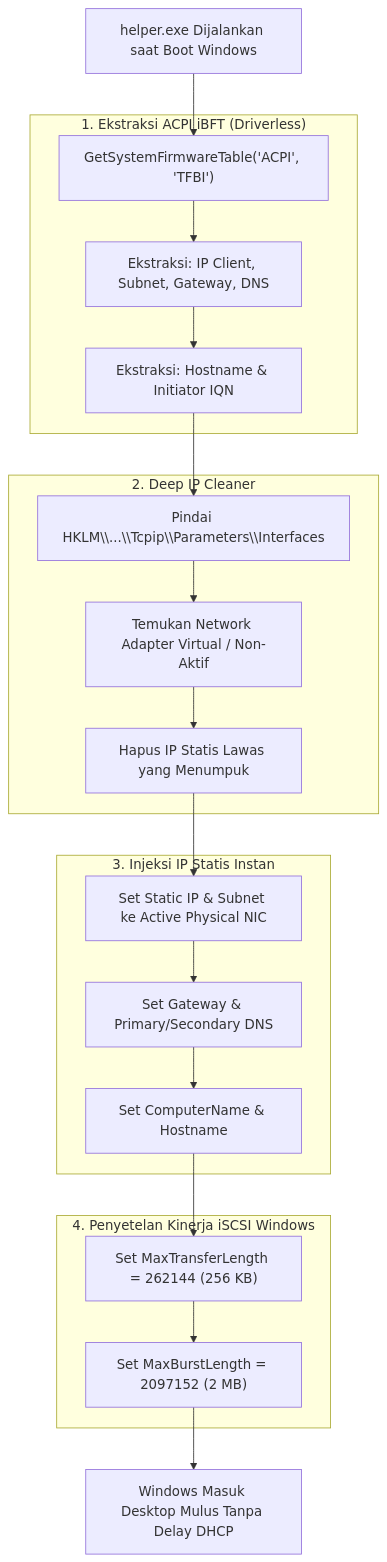
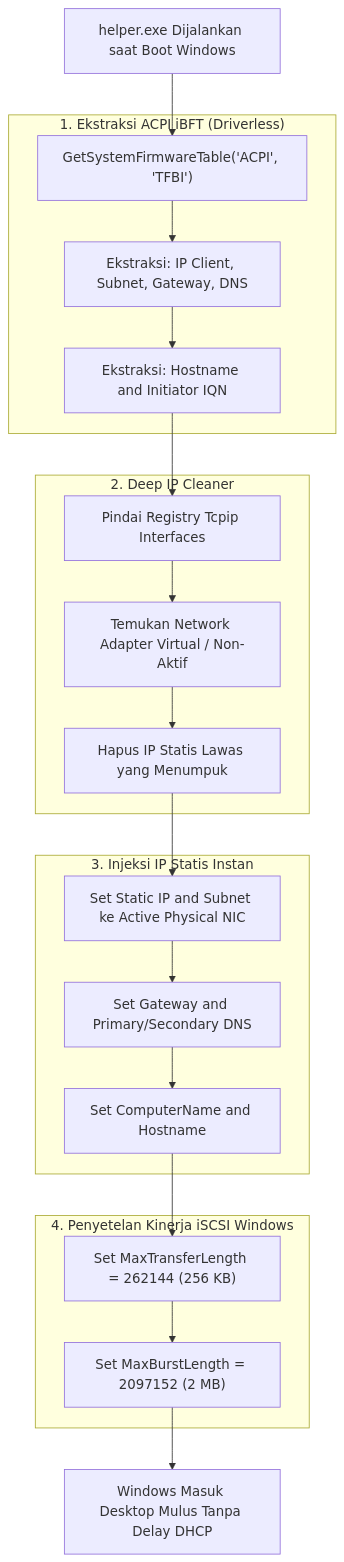
Before and after one commit to milanalfandiismail/Simple-Iscsi: the sixth of 6 diagrams in DOCUMENTATION.md, drawn with Mermaid. The commit also changed other lines of this file and 1 other file, not shown here.

````diff
--- a/DOCUMENTATION.md
+++ b/DOCUMENTATION.md
@@ -429,32 +435,40 @@
 ```mermaid
 flowchart TD
     START["helper.exe Dijalankan saat Boot Windows"]
     
     subgraph iBFT_Parsing ["1. Ekstraksi ACPI iBFT (Driverless)"]
         FIRMWARE["GetSystemFirmwareTable('ACPI', 'TFBI')"]
         PARSE_IP["Ekstraksi: IP Client, Subnet, Gateway, DNS"]
-        PARSE_NAME["Ekstraksi: Hostname & Initiator IQN"]
+        PARSE_NAME["Ekstraksi: Hostname and Initiator IQN"]
     end
     
     subgraph IP_Cleaning ["2. Deep IP Cleaner"]
-        REG_SCAN["Pindai HKLM\\...\\Tcpip\\Parameters\\Interfaces"]
+        REG_SCAN["Pindai Registry Tcpip Interfaces"]
         FIND_GHOST["Temukan Network Adapter Virtual / Non-Aktif"]
         CLEAR_OLD["Hapus IP Statis Lawas yang Menumpuk"]
     end
     
     subgraph IP_Injection ["3. Injeksi IP Statis Instan"]
-        SET_IP["Set Static IP & Subnet ke Active Physical NIC"]
-        SET_GW["Set Gateway & Primary/Secondary DNS"]
-        SET_HOST["Set ComputerName & Hostname"]
+        SET_IP["Set Static IP and Subnet ke Active Physical NIC"]
+        SET_GW["Set Gateway and Primary/Secondary DNS"]
+        SET_HOST["Set ComputerName and Hostname"]
     end
     
     subgraph REG_TUNE ["4. Penyetelan Kinerja iSCSI Windows"]
         TUNE_LEN["Set MaxTransferLength = 262144 (256 KB)"]
         TUNE_BURST["Set MaxBurstLength = 2097152 (2 MB)"]
     end
     
-    START --> FIRMWARE --> PARSE_IP --> PARSE_NAME
-    PARSE_NAME --> REG_SCAN --> FIND_GHOST --> CLEAR_OLD
-    CLEAR_OLD --> SET_IP --> SET_GW --> SET_HOST
-    SET_HOST --> TUNE_LEN --> TUNE_BURST --> END_READY["Windows Masuk Desktop Mulus Tanpa Delay DHCP"]
+    START --> FIRMWARE
+    FIRMWARE --> PARSE_IP
+    PARSE_IP --> PARSE_NAME
+    PARSE_NAME --> REG_SCAN
+    REG_SCAN --> FIND_GHOST
+    FIND_GHOST --> CLEAR_OLD
+    CLEAR_OLD --> SET_IP
+    SET_IP --> SET_GW
+    SET_GW --> SET_HOST
+    SET_HOST --> TUNE_LEN
+    TUNE_LEN --> TUNE_BURST
+    TUNE_BURST --> END_READY["Windows Masuk Desktop Mulus Tanpa Delay DHCP"]
 ```
````
